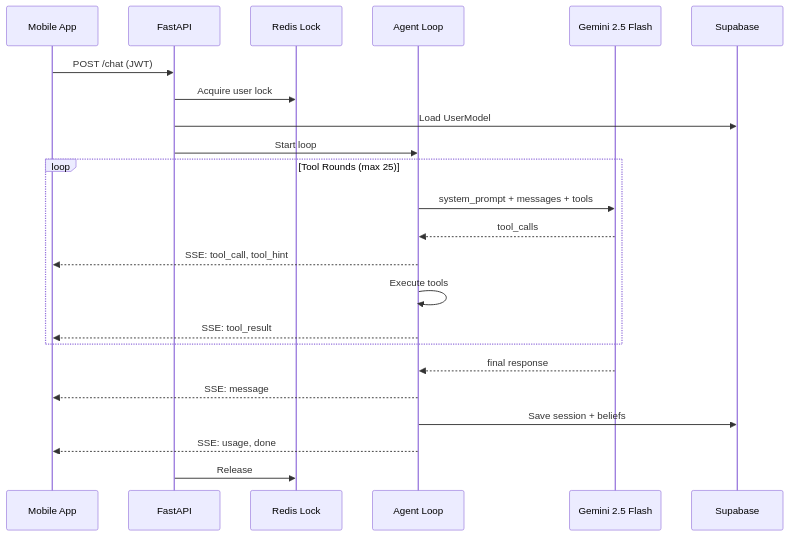
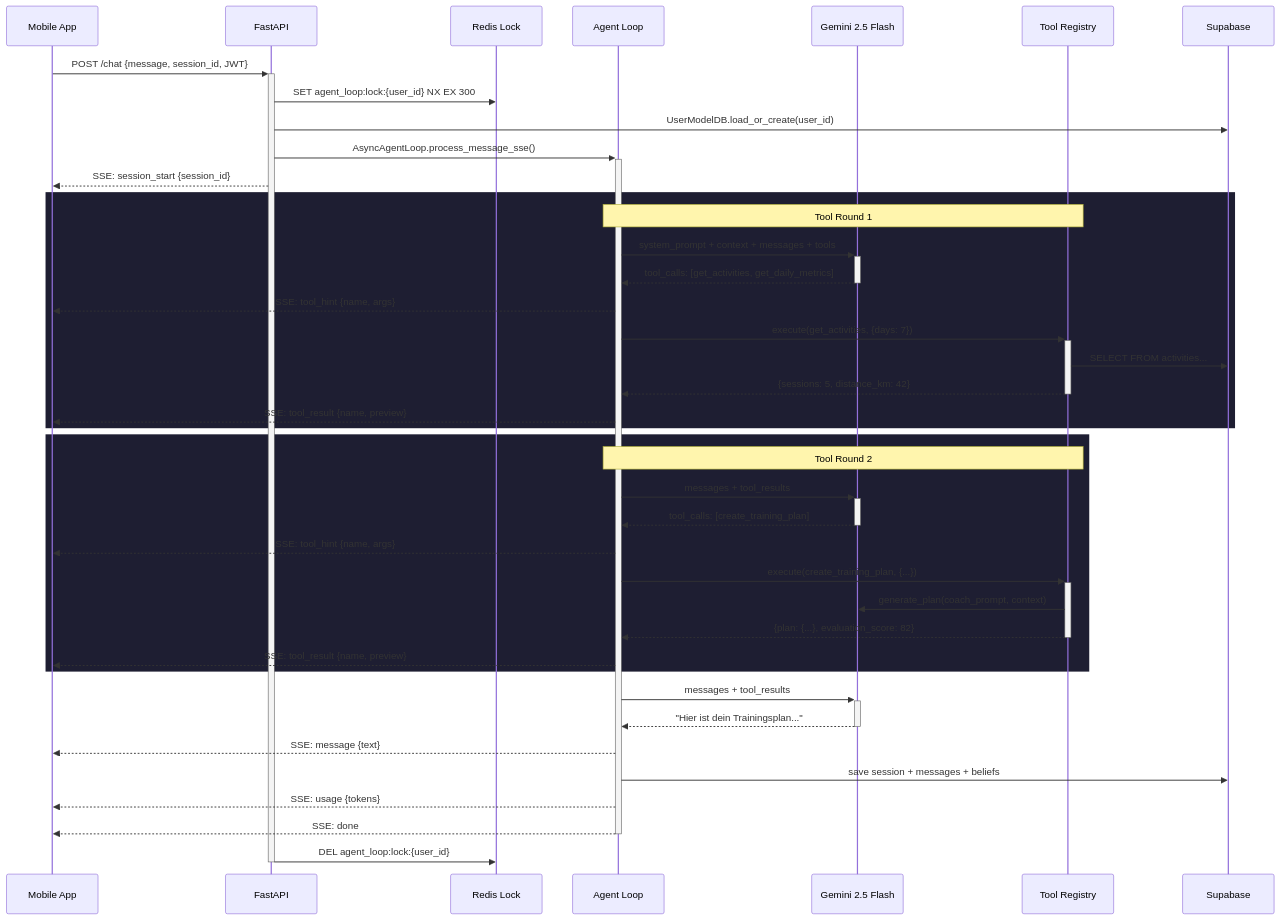
Before and after one commit to RnltLabs/athletly-backend: the sixth of 15 diagrams in README.md, drawn with Mermaid. The commit also changed other lines of this file, not shown here.

First line of the commit message:
docs: rewrite README with architecture diagrams and technical deep-dive

````diff
--- a/README.md
+++ b/README.md
@@ -136,28 +301,48 @@
 ```mermaid
 sequenceDiagram
     participant App as Mobile App
     participant API as FastAPI
     participant Lock as Redis Lock
     participant Agent as Agent Loop
     participant LLM as Gemini 2.5 Flash
+    participant Tools as Tool Registry
     participant DB as Supabase
 
-    App->>API: POST /chat (JWT)
-    API->>Lock: Acquire user lock
-    API->>DB: Load UserModel
-    API->>Agent: Start loop
+    App->>+API: POST /chat {message, session_id, JWT}
+    API->>Lock: SET agent_loop:lock:{user_id} NX EX 300
+    API->>DB: UserModelDB.load_or_create(user_id)
+    API->>+Agent: AsyncAgentLoop.process_message_sse()
+    API-->>App: SSE: session_start {session_id}
 
-    loop Tool Rounds (max 25)
-        Agent->>LLM: system_prompt + messages + tools
-        LLM-->>Agent: tool_calls
-        Agent-->>App: SSE: tool_call, tool_hint
-        Agent->>Agent: Execute tools
-        Agent-->>App: SSE: tool_result
+    rect rgb(30, 30, 50)
+        Note over Agent,Tools: Tool Round 1
+        Agent->>+LLM: system_prompt + context + messages + tools
+        LLM-->>-Agent: tool_calls: [get_activities, get_daily_metrics]
+        Agent-->>App: SSE: tool_hint {name, args}
+        Agent->>+Tools: execute(get_activities, {days: 7})
+        Tools->>DB: SELECT FROM activities...
+        Tools-->>-Agent: {sessions: 5, distance_km: 42}
+        Agent-->>App: SSE: tool_result {name, preview}
     end
 
-    LLM-->>Agent: final response
-    Agent-->>App: SSE: message
-    Agent->>DB: Save session + beliefs
-    Agent-->>App: SSE: usage, done
-    API->>Lock: Release
+    rect rgb(30, 30, 50)
+        Note over Agent,Tools: Tool Round 2
+        Agent->>+LLM: messages + tool_results
+        LLM-->>-Agent: tool_calls: [create_training_plan]
+        Agent-->>App: SSE: tool_hint {name, args}
+        Agent->>+Tools: execute(create_training_plan, {...})
+        Tools->>LLM: generate_plan(coach_prompt, context)
+        Tools-->>-Agent: {plan: {...}, evaluation_score: 82}
+        Agent-->>App: SSE: tool_result {name, preview}
+    end
+
+    Agent->>+LLM: messages + tool_results
+    LLM-->>-Agent: "Hier ist dein Trainingsplan..."
+    Agent-->>App: SSE: message {text}
+    Agent->>DB: save session + messages + beliefs
+    Agent-->>App: SSE: usage {tokens}
+    Agent-->>-App: SSE: done
+
+    API->>Lock: DEL agent_loop:lock:{user_id}
+    deactivate API
 ```
````
